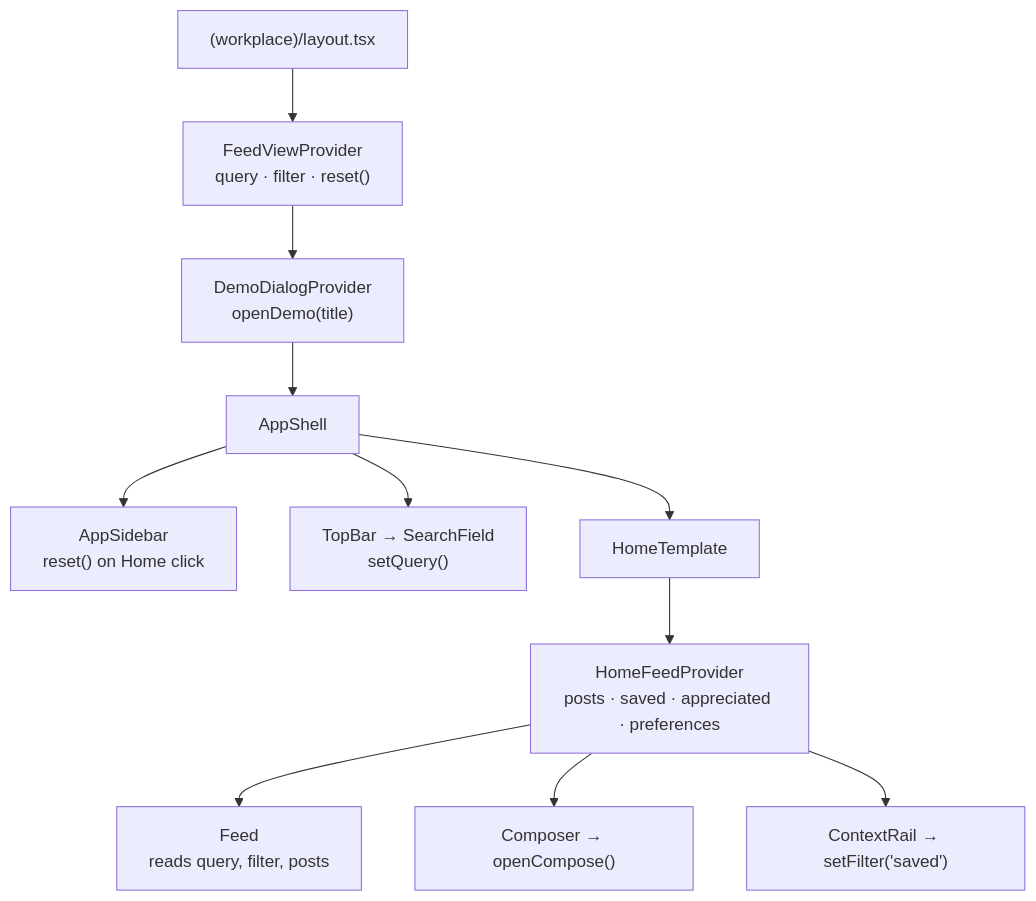
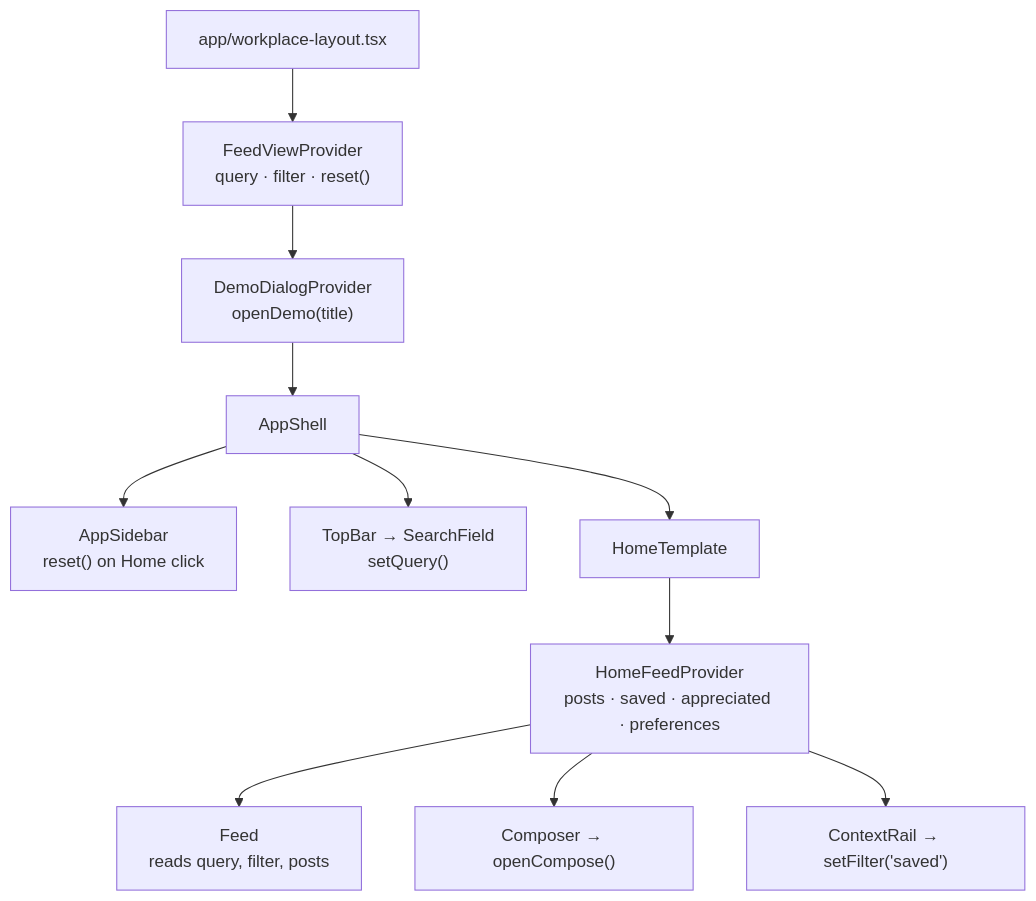
Before and after one commit to marizdelasalas/ourigin-frontend: the diagram in docs/architecture/state-and-data.md, drawn with Mermaid. The commit also changed other lines of this file and 110 other files, not shown here.

````diff
--- a/docs/architecture/state-and-data.md
+++ b/docs/architecture/state-and-data.md
@@ -17,13 +17,13 @@
 ```mermaid
 flowchart TD
-  layout["(workplace)/layout.tsx"] --> fv["FeedViewProvider<br/>query · filter · reset()"]
+  layout["app/workplace-layout.tsx"] --> fv["FeedViewProvider<br/>query · filter · reset()"]
   fv --> dd["DemoDialogProvider<br/>openDemo(title)"]
   dd --> shell["AppShell"]
   shell --> sidebar["AppSidebar<br/>reset() on Home click"]
   shell --> topbar["TopBar → SearchField<br/>setQuery()"]
   shell --> home["HomeTemplate"]
   home --> hf["HomeFeedProvider<br/>posts · saved · appreciated · preferences"]
   hf --> feed["Feed<br/>reads query, filter, posts"]
   hf --> composer["Composer → openCompose()"]
   hf --> rail["ContextRail → setFilter('saved')"]
 ```
````
